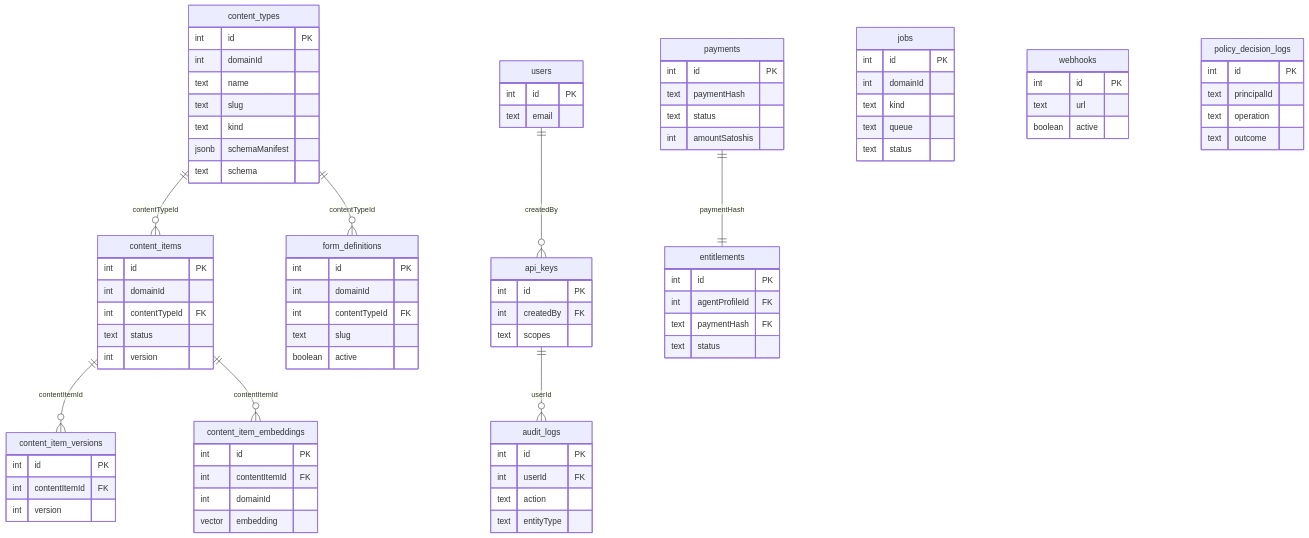
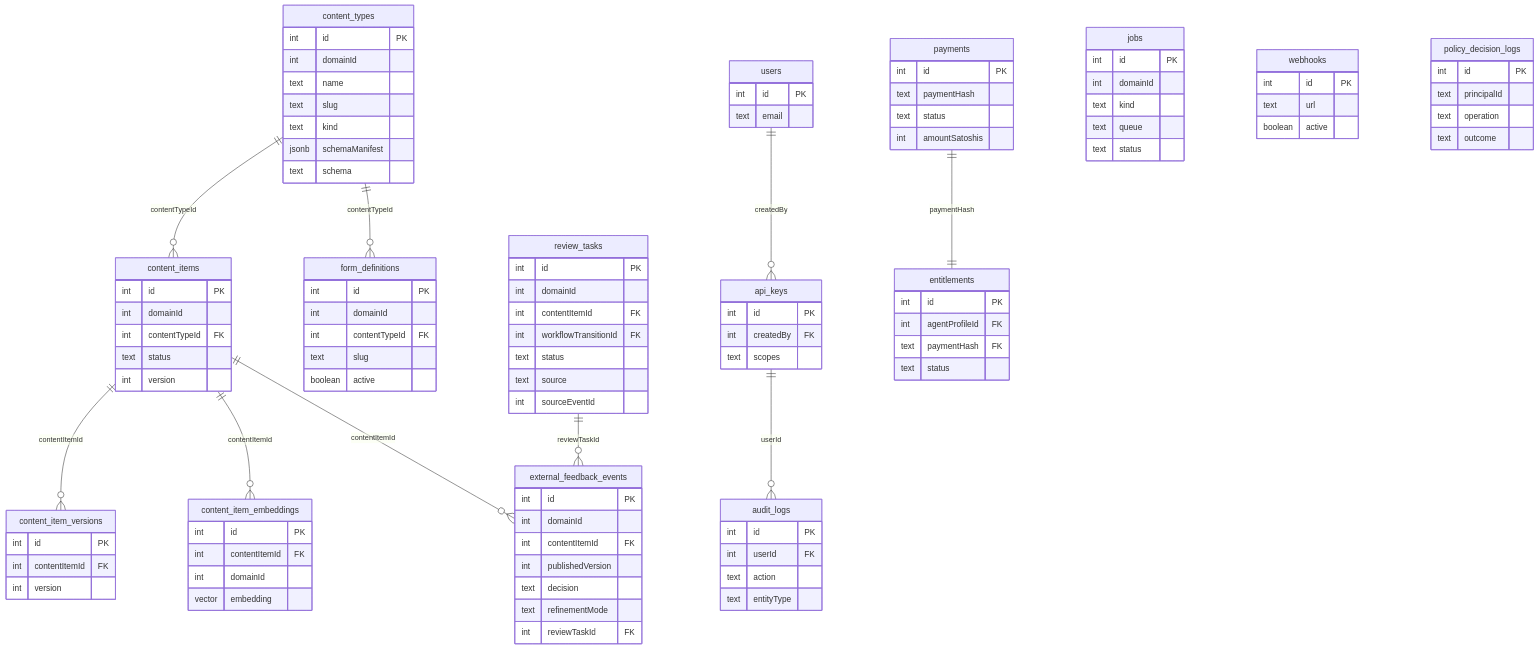
One commit to dligthart/wordclaw changed the first of 2 diagrams in doc/reference/data-model.md. Above: the diagram before and after it, drawn with Mermaid. The commit also changed other lines of this file and 21 other files, not shown here.

Commit message:
Add external feedback loops and client token flow

```diff
--- a/doc/reference/data-model.md
+++ b/doc/reference/data-model.md
@@ -7,7 +7,9 @@
   content_types ||--o{ content_items : "contentTypeId"
   content_items ||--o{ content_item_versions : "contentItemId"
   content_items ||--o{ content_item_embeddings : "contentItemId"
+  content_items ||--o{ external_feedback_events : "contentItemId"
   content_types ||--o{ form_definitions : "contentTypeId"
+  review_tasks ||--o{ external_feedback_events : "reviewTaskId"
   users ||--o{ api_keys : "createdBy"
   api_keys ||--o{ audit_logs : "userId"
   payments ||--|| entitlements : "paymentHash"
@@ -59,6 +61,26 @@
     text status
   }
 
+  review_tasks {
+    int id PK
+    int domainId
+    int contentItemId FK
+    int workflowTransitionId FK
+    text status
+    text source
+    int sourceEventId
+  }
+
+  external_feedback_events {
+    int id PK
+    int domainId
+    int contentItemId FK
+    int publishedVersion
+    text decision
+    text refinementMode
+    int reviewTaskId FK
+  }
+
   users {
     int id PK
     text email
```
